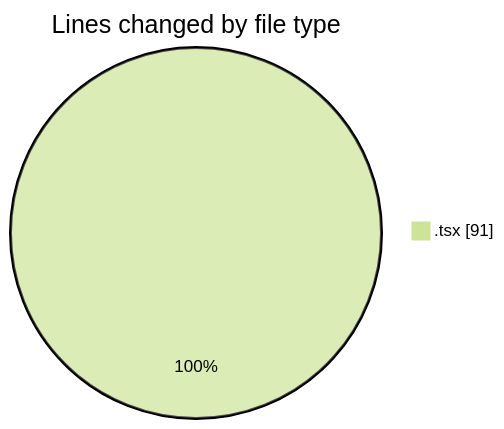
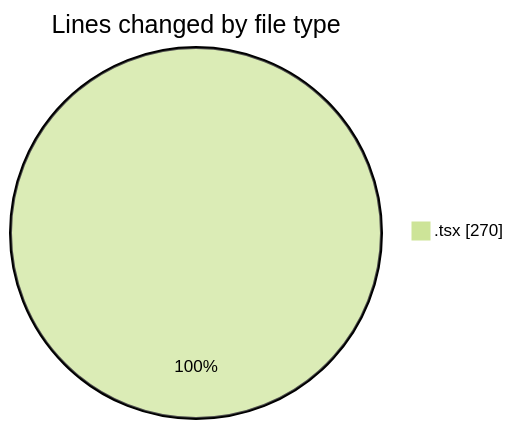
One commit to Elitesun/code-tracking changed the first of 2 diagrams in 2025-05-06/niten/README.md. Above: the diagram before and after it, drawn with Mermaid (forest theme). The commit also changed other lines of this file and 1 other file, not shown here.

````diff
--- a/2025-05-06/niten/README.md
+++ b/2025-05-06/niten/README.md
@@ -21,5 +23,5 @@
 ```mermaid
 pie showData
 title Lines changed by file type
-".tsx" : 91
+".tsx" : 270
 ```
````
